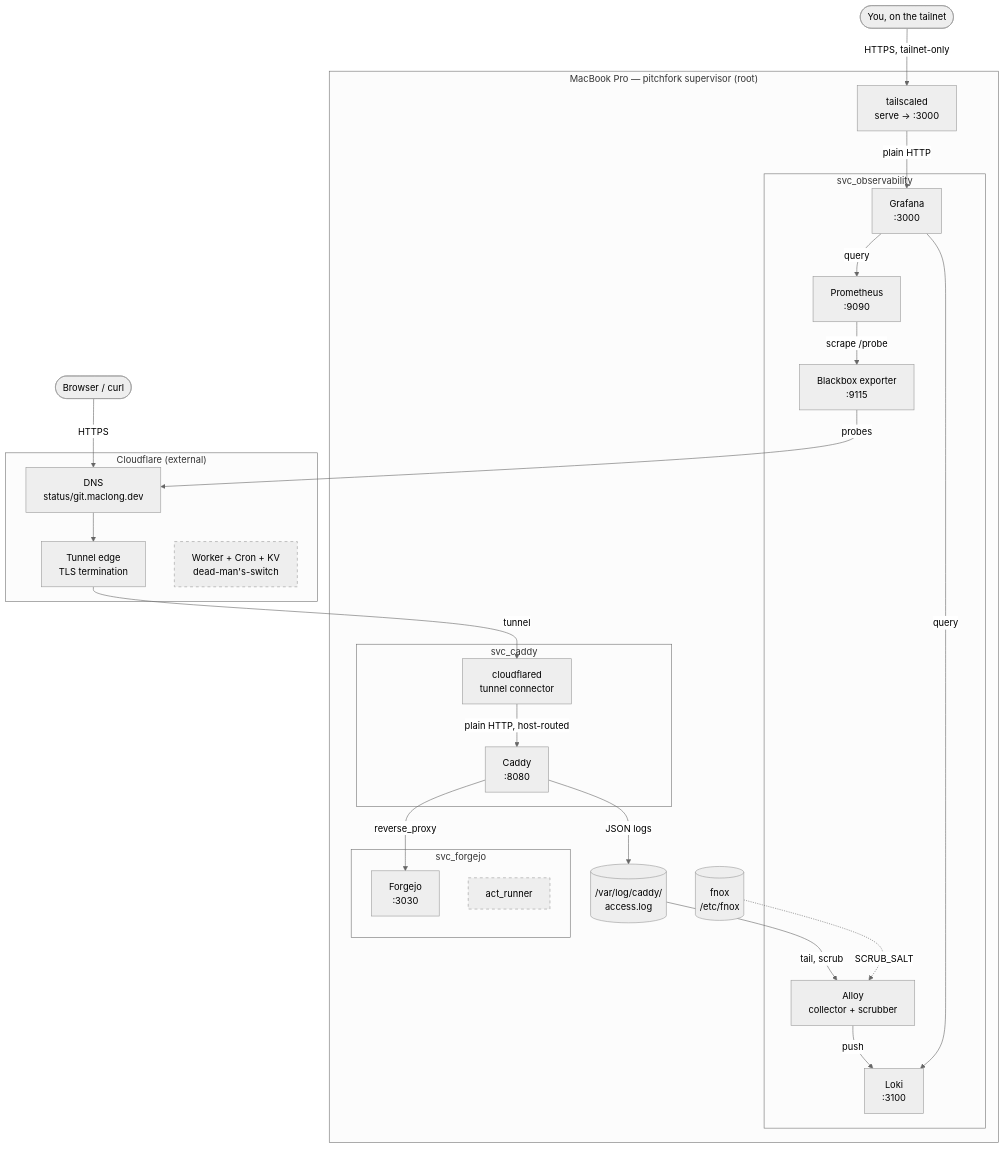
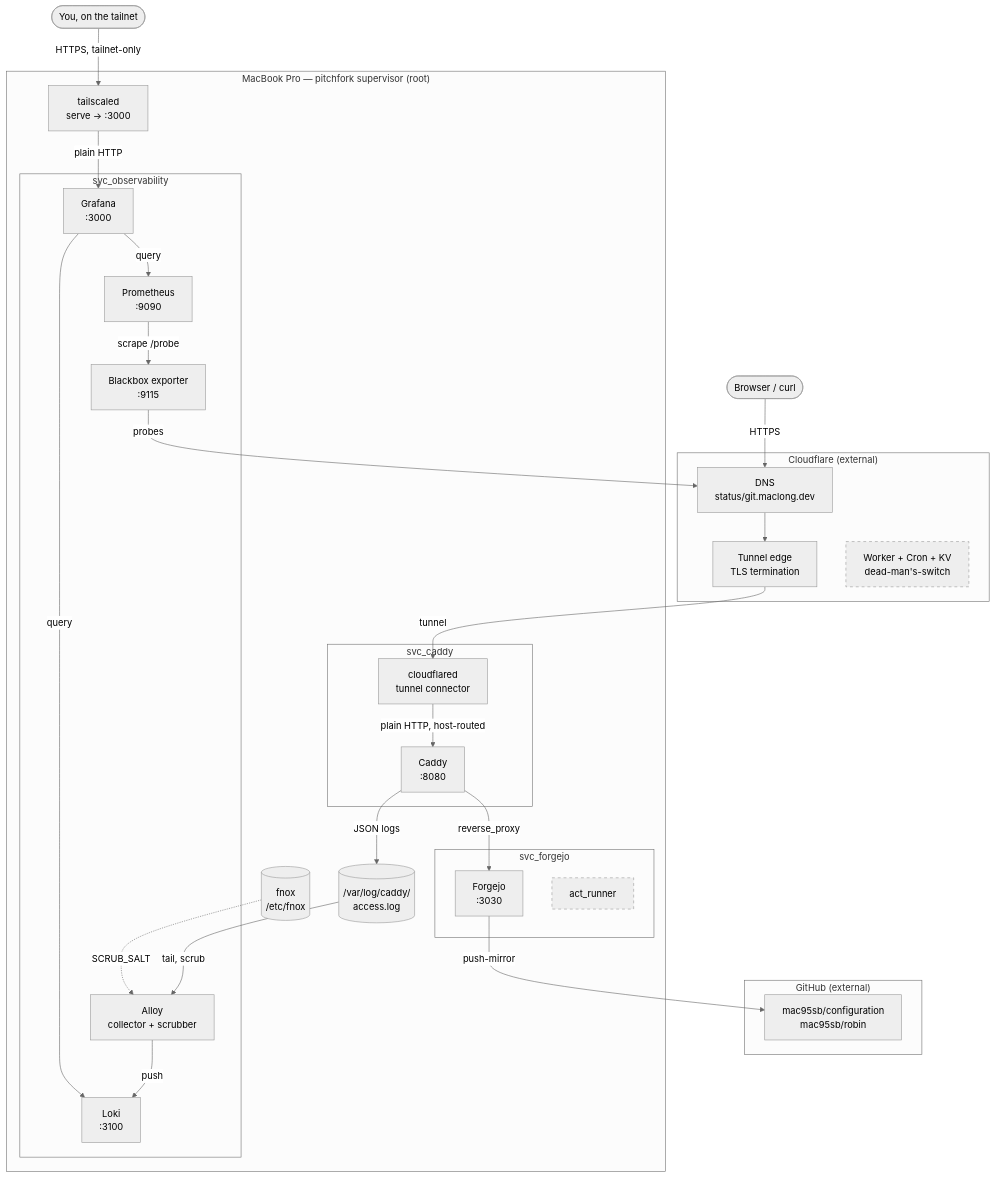
One commit to mac95sb/configuration changed the diagram in README.md. Above: the diagram before and after it, drawn with Mermaid (neutral theme). The commit also changed other lines of this file and 3 other files, not shown here.

First line of the commit message:
Fix Forgejo startup and Caddy's TLS listener, document mirror setup

````diff
--- a/README.md
+++ b/README.md
@@ -11,49 +11,54 @@
 ```mermaid
 flowchart TB
     User(["Browser / curl"])
     You(["You, on the tailnet"])
 
     subgraph CF["Cloudflare (external)"]
         DNS["DNS\nstatus/git.maclong.dev"]
         Edge["Tunnel edge\nTLS termination"]
         DMS["Worker + Cron + KV\ndead-man's-switch"]:::planned
+    end
+
+    subgraph GH["GitHub (external)"]
+        Mirror["mac95sb/configuration\nmac95sb/robin"]
     end
 
     subgraph Host["MacBook Pro — pitchfork supervisor (root)"]
         subgraph SvcCaddy["svc_caddy"]
             Cloudflared["cloudflared\ntunnel connector"]
             Caddy["Caddy\n:8080"]
         end
 
         CaddyLog[("/var/log/caddy/\naccess.log")]
 
         subgraph SvcObservability["svc_observability"]
             Blackbox["Blackbox exporter\n:9115"]
             Prometheus["Prometheus\n:9090"]
             Alloy["Alloy\ncollector + scrubber"]
             Loki["Loki\n:3100"]
             Grafana["Grafana\n:3000"]
         end
 
         subgraph SvcForgejo["svc_forgejo"]
             Forgejo["Forgejo\n:3030"]
             ActRunner["act_runner"]:::planned
         end
 
         Fnox[("fnox\n/etc/fnox")]
         Tailscaled["tailscaled\nserve → :3000"]
     end
 
     User -->|HTTPS| DNS --> Edge -->|tunnel| Cloudflared
     Cloudflared -->|plain HTTP, host-routed| Caddy
     Caddy -->|reverse_proxy| Forgejo
+    Forgejo -->|push-mirror| Mirror
     Caddy -->|JSON logs| CaddyLog -->|tail, scrub| Alloy
     Alloy -->|push| Loki
     Prometheus -->|scrape /probe| Blackbox -->|probes| DNS
     Grafana -->|query| Prometheus
     Grafana -->|query| Loki
     Fnox -.->|SCRUB_SALT| Alloy
     You -->|HTTPS, tailnet-only| Tailscaled -->|plain HTTP| Grafana
 
     classDef planned stroke-dasharray: 5 5
 ```
````
